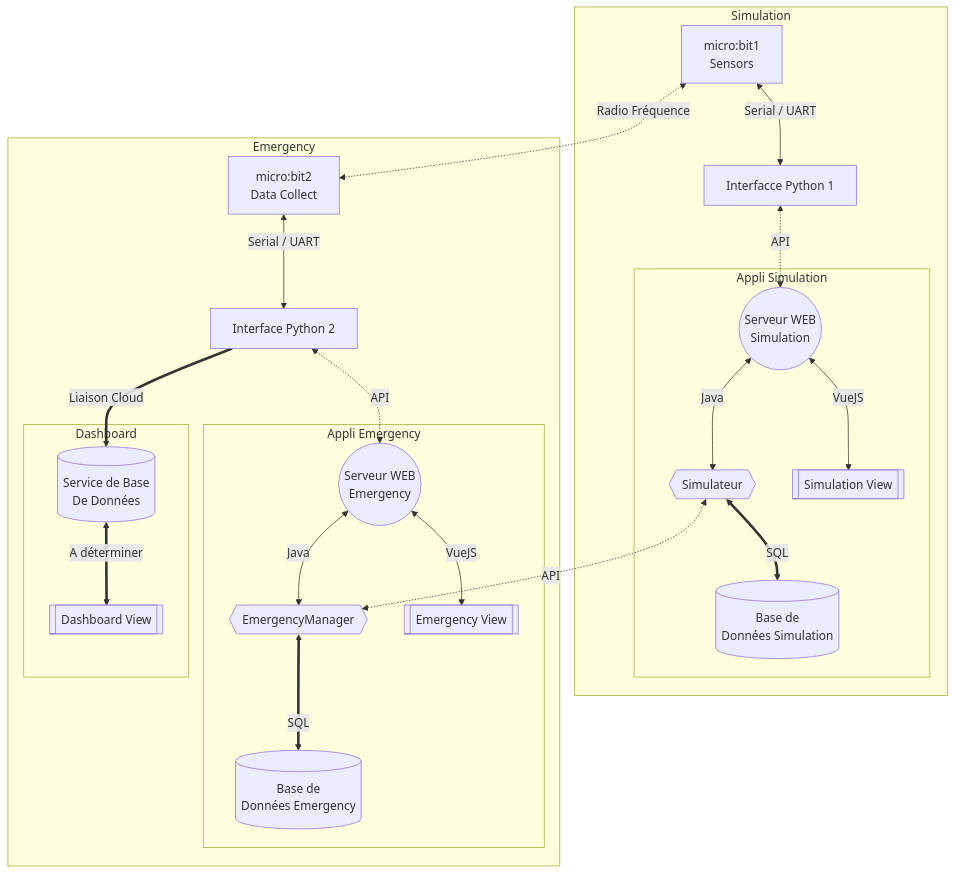
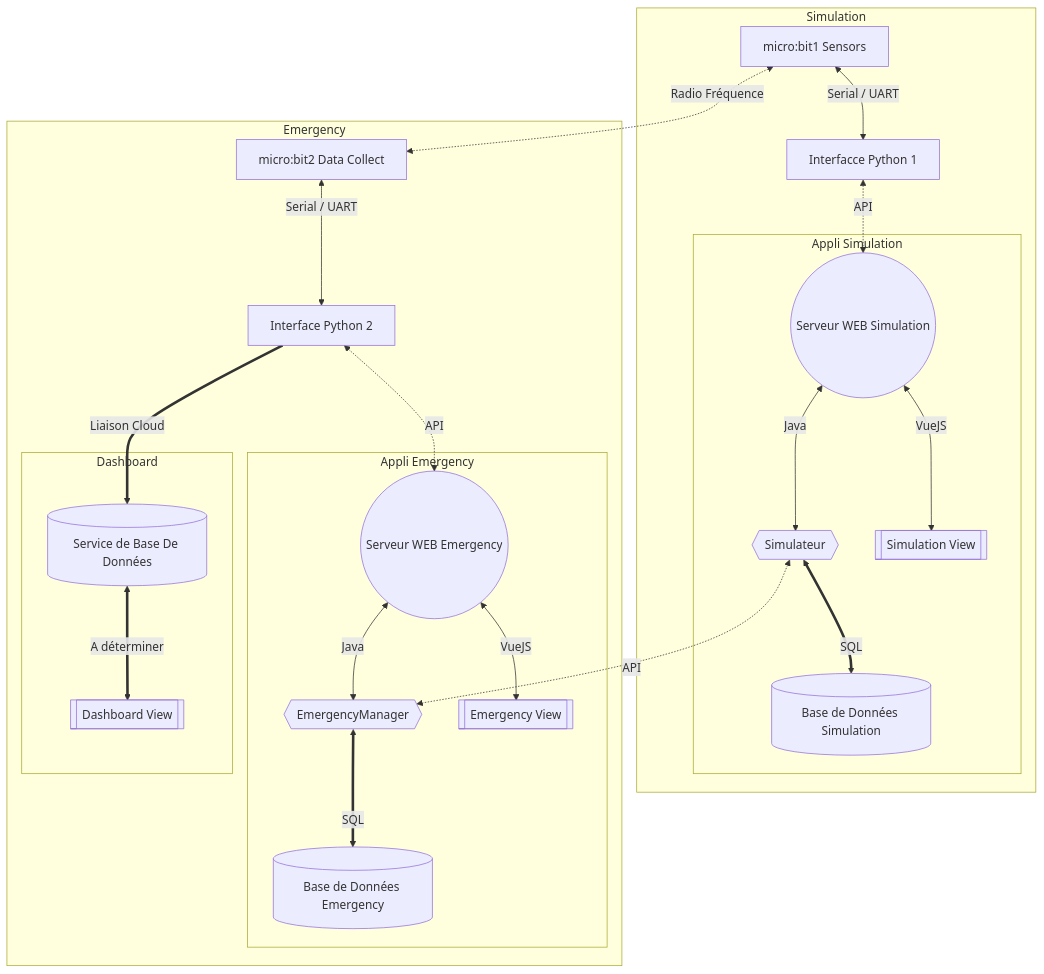
One commit to B4tiste/PRJSC_Equipe_9 changed the diagram in README.md. Above: the diagram before and after it, drawn with Mermaid.

Commit message:
Typo readme

````diff
--- a/README.md
+++ b/README.md
@@ -4,33 +4,33 @@
 ```mermaid
 graph TB
     
     %% Lien entre zones
-    mb1[micro:bit1\nSensors] <-. Radio Fréquence .-> mb2[micro:bit2\nData Collect]
+    mb1[micro:bit1 Sensors] <-. Radio Fréquence .-> mb2[micro:bit2 Data Collect]
     simu <-. API .-> em
     
     %% Zone simu
     subgraph one [Simulation]
         mb1 <-- Serial / UART --> py1[Interfacce Python 1]
-        py1 <-. API .-> web1((Serveur WEB \nSimulation))
+        py1 <-. API .-> web1((Serveur WEB Simulation))
         subgraph app1 [Appli Simulation]
             web1 <-- VueJS --> wv1[[Simulation View]]
             web1 <-- Java --> simu{{Simulateur}}
-            simu <== SQL ==> bdd1[(Base de\nDonnées Simulation)]
+            simu <== SQL ==> bdd1[(Base de Données Simulation)]
         end 
     end
 
     %% Zone Urgence
     subgraph two [Emergency]
         mb2 <-- Serial / UART --> py2[Interface Python 2]
         subgraph app2 [Appli Emergency]
             web2 <-- VueJS --> wv2[[Emergency View]]
             web2 <-- Java --> em{{EmergencyManager}}
-            em <== SQL ==> bdd2[(Base de\nDonnées Emergency)]
+            em <== SQL ==> bdd2[(Base de Données Emergency)]
         end
-        py2 <-. API .-> web2((Serveur WEB \nEmergency))
-        py2 == Liaison Cloud ==> bdd3[(Service de Base\nDe Données)]
+        py2 <-. API .-> web2((Serveur WEB Emergency))
+        py2 == Liaison Cloud ==> bdd3[(Service de Base De Données)]
         subgraph dashboard [Dashboard]
             bdd3 <== A déterminer ==> db[[Dashboard View]]
         end
     end
 ```
````
